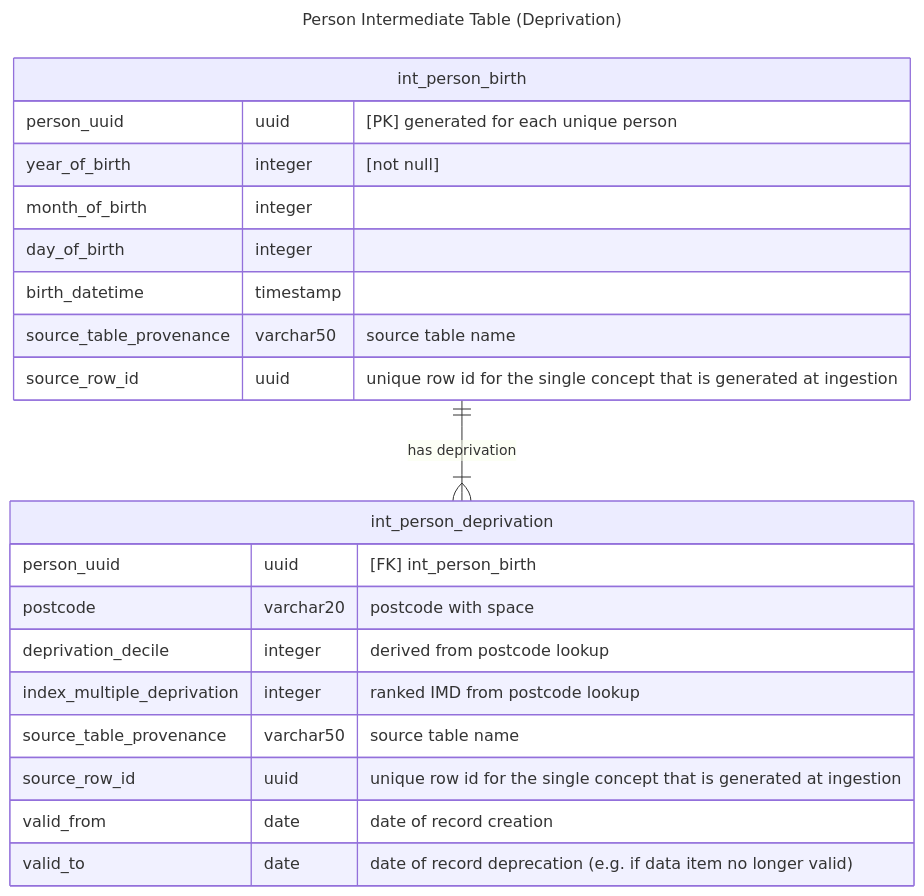
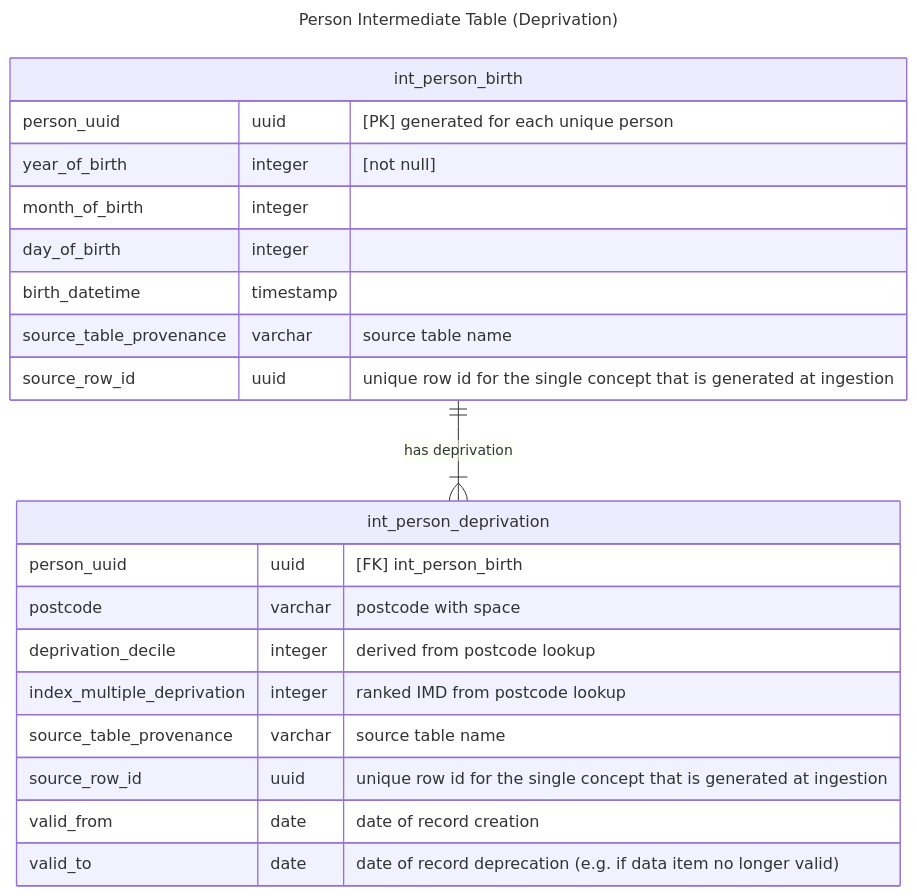
Before and after one commit to d3london/sde_aic_external_docs: the third of 5 diagrams in src/pages/data_model/cdm_person.qmd, drawn with Mermaid. The commit also changed other lines of this file and 1 other file, not shown here.

Commit message:
removed varchar len, changed table names

````diff
--- a/src/pages/data_model/cdm_person.qmd
+++ b/src/pages/data_model/cdm_person.qmd
@@ -88,26 +88,26 @@
 ```{mermaid}
 ---
 title: Person Intermediate Table (Deprivation)
 ---
 erDiagram
     int_person_birth {
         person_uuid uuid "[PK] generated for each unique person"
         year_of_birth integer "[not null]"
         month_of_birth integer
         day_of_birth integer
         birth_datetime timestamp
-        source_table_provenance varchar50 "source table name"
+        source_table_provenance varchar "source table name"
         source_row_id uuid "unique row id for the single concept that is generated at ingestion"
     }
     int_person_birth ||--|{ int_person_deprivation : "has deprivation"
         int_person_deprivation {
         person_uuid uuid "[FK] int_person_birth"
-        postcode varchar20 "postcode with space"
+        postcode varchar "postcode with space"
         deprivation_decile integer "derived from postcode lookup"        
         index_multiple_deprivation integer "ranked IMD from postcode lookup"
-        source_table_provenance varchar50 "source table name"
+        source_table_provenance varchar "source table name"
         source_row_id uuid "unique row id for the single concept that is generated at ingestion"
         valid_from date "date of record creation"
         valid_to date "date of record deprecation (e.g. if data item no longer valid)"
     }
 ```
````
